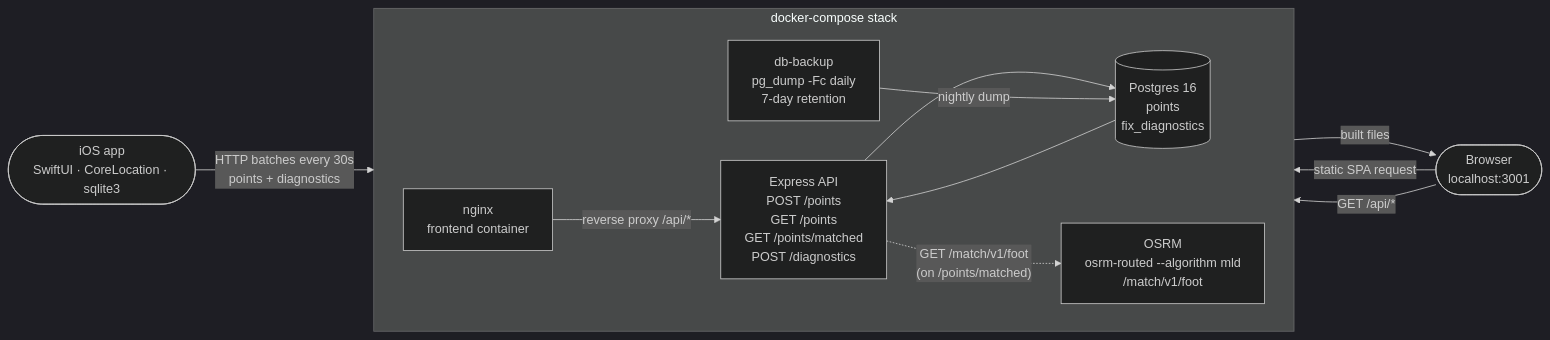
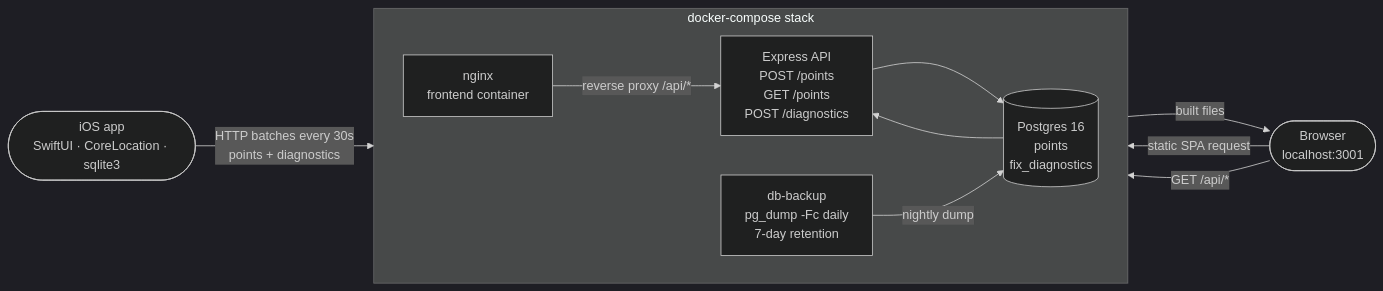
One commit to athlonUA/GpsLogger changed the diagram in README.md. Above: the diagram before and after it, drawn with Mermaid (dark theme). The commit also changed other lines of this file and 12 other files, not shown here.

````diff
--- a/README.md
+++ b/README.md
@@ -375,24 +303,22 @@
 ```mermaid
 flowchart LR
     iOS(["iOS app<br/>SwiftUI · CoreLocation · sqlite3"])
     browser(["Browser<br/>localhost:3001"])
 
     subgraph compose["docker-compose stack"]
         direction LR
         nginx["nginx<br/>frontend container"]
-        backend["Express API<br/>POST /points<br/>GET /points<br/>GET /points/matched<br/>POST /diagnostics"]
+        backend["Express API<br/>POST /points<br/>GET /points<br/>POST /diagnostics"]
         db[("Postgres 16<br/>points<br/>fix_diagnostics")]
         dbbackup["db-backup<br/>pg_dump -Fc daily<br/>7-day retention"]
-        osrm["OSRM<br/>osrm-routed --algorithm mld<br/>/match/v1/foot"]
     end
 
     iOS -->|"HTTP batches every 30s<br/>points + diagnostics"| backend
     browser -->|static SPA request| nginx
     nginx -->|built files| browser
     browser -->|"GET /api/*"| nginx
     nginx -->|"reverse proxy /api/*"| backend
     backend --> db
     db --> backend
-    backend -.->|"GET /match/v1/foot<br/>(on /points/matched)"| osrm
     dbbackup -->|nightly dump| db
 ```
````
